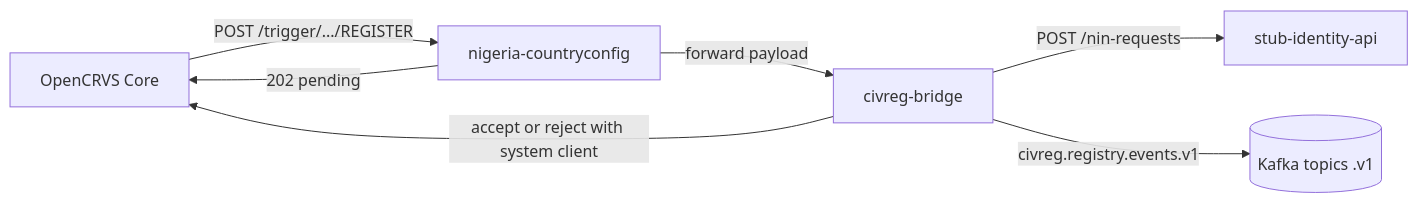
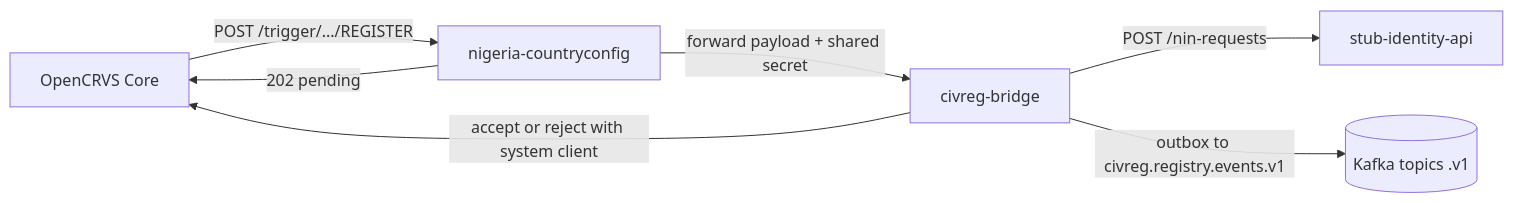
Before and after one commit to Preshiousy1/nims-civreg-demo: the diagram in README.md, drawn with Mermaid. The commit also changed other lines of this file and 41 other files, not shown here.

Commit message:
fix: harden intercept birth/death flows for Round 2 limits Add reconciler, intercept shared secret, deterministic accept ids, death saga compensate, outbox after Core accept, and plain Section 2 notes.

````diff
--- a/README.md
+++ b/README.md
@@ -11,9 +11,9 @@
 ```mermaid
 flowchart LR
   Core[OpenCRVS Core] -->|POST /trigger/.../REGISTER| CC[nigeria-countryconfig]
   CC -->|202 pending| Core
-  CC -->|forward payload| Bridge[civreg-bridge]
+  CC -->|forward payload + shared secret| Bridge[civreg-bridge]
   Bridge -->|POST /nin-requests| Stub[stub-identity-api]
   Bridge -->|accept or reject with system client| Core
-  Bridge -->|civreg.registry.events.v1| Kafka[(Kafka topics .v1)]
+  Bridge -->|outbox to civreg.registry.events.v1| Kafka[(Kafka topics .v1)]
 ```
````
